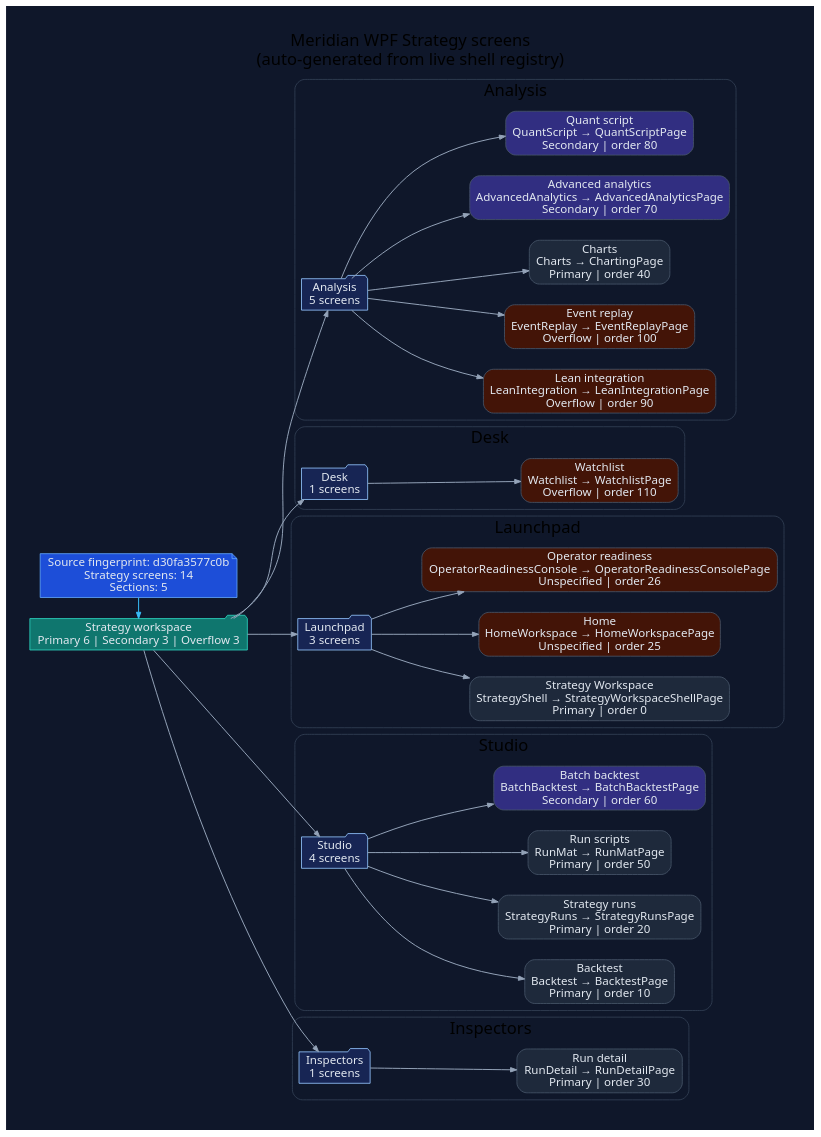
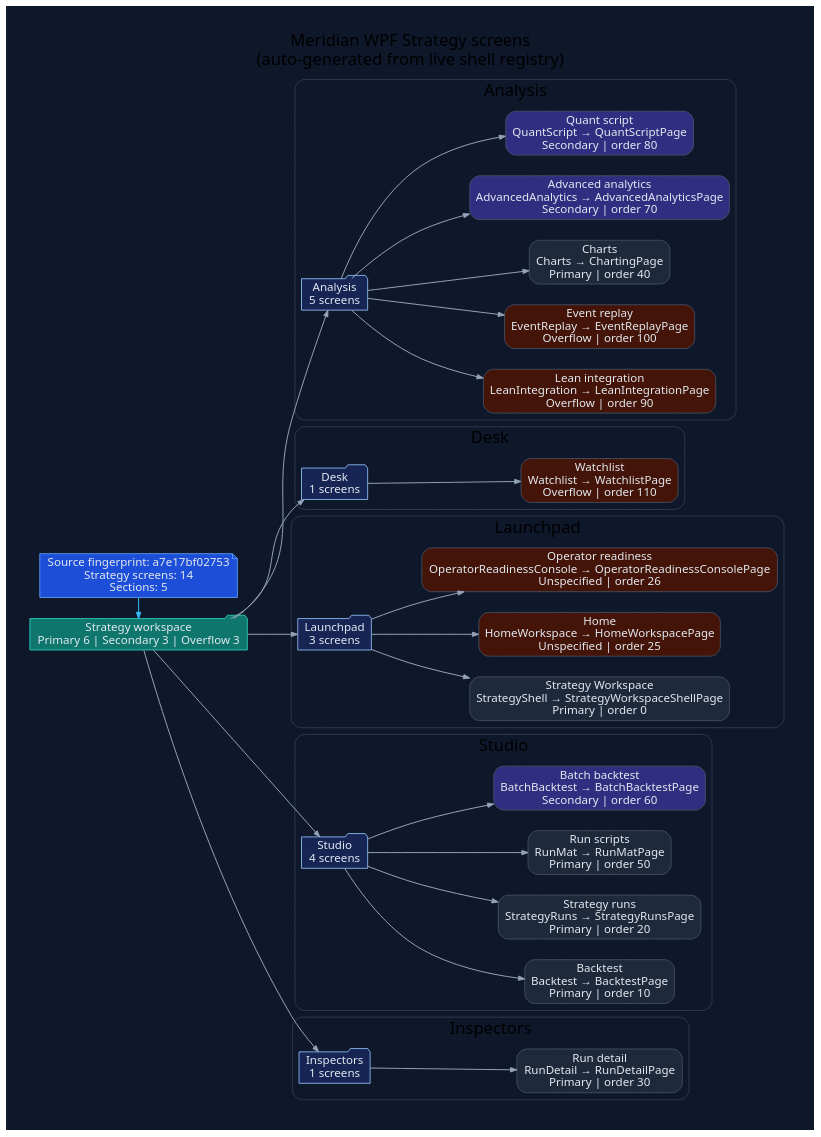
Before and after one commit to rodoHasArrived/Meridian-main: the diagram in docs/diagrams/ui/ui-wpf-screens-strategy.dot, drawn with Graphviz. The commit also changed 43 other files, not shown here.

First line of the commit message:
Re-render the WPF UI diagrams for the desktop slate

```diff
--- a/docs/diagrams/ui/ui-wpf-screens-strategy.dot
+++ b/docs/diagrams/ui/ui-wpf-screens-strategy.dot
@@ -1,94 +1,94 @@
 // -----------------------------------------------------------------------------
 // <auto-generated>
 // Generated by scripts/generate-diagrams.mjs.
 // Do not edit this file directly; update the WPF source files instead.
 // -----------------------------------------------------------------------------
 digraph WpfStrategyScreens {
   graph [
     rankdir=LR,
     labelloc=t,
     label="Meridian WPF Strategy screens\n(auto-generated from live shell registry)",
     fontname="Segoe UI",
     fontsize=20,
     pad=0.4,
     nodesep=0.35,
     ranksep=0.85,
     bgcolor="#0f172a"
   ];
   node [fontname="Segoe UI", shape=box, style="rounded,filled", color="#475569", fontcolor="#e2e8f0", fillcolor="#1e293b"];
   edge [fontname="Segoe UI", color="#94a3b8", penwidth=1.2, arrowsize=0.75];
 
-  generated [shape=note, fillcolor="#1d4ed8", color="#60a5fa", label="Source fingerprint: d30fa3577c0b\nStrategy screens: 14\nSections: 5"];
+  generated [shape=note, fillcolor="#1d4ed8", color="#60a5fa", label="Source fingerprint: a7e17bf02753\nStrategy screens: 14\nSections: 5"];
   workspace [shape=folder, fillcolor="#0f766e", color="#2dd4bf", label="Strategy workspace\nPrimary 6 | Secondary 3 | Overflow 3"];
   generated -> workspace [color="#38bdf8"];
 
   subgraph cluster_section_1 {
     label="Analysis";
     color="#334155";
     style="rounded";
     section_1 [shape=folder, fillcolor="#172554", color="#93c5fd", label="Analysis\n5 screens"];
     workspace -> section_1;
     screen_LeanIntegration [fillcolor="#431407", label="Lean integration\nLeanIntegration → LeanIntegrationPage\nOverflow | order 90"];
     section_1 -> screen_LeanIntegration;
     screen_EventReplay [fillcolor="#431407", label="Event replay\nEventReplay → EventReplayPage\nOverflow | order 100"];
     section_1 -> screen_EventReplay;
     screen_Charts [fillcolor="#1e293b", label="Charts\nCharts → ChartingPage\nPrimary | order 40"];
     section_1 -> screen_Charts;
     screen_AdvancedAnalytics [fillcolor="#312e81", label="Advanced analytics\nAdvancedAnalytics → AdvancedAnalyticsPage\nSecondary | order 70"];
     section_1 -> screen_AdvancedAnalytics;
     screen_QuantScript [fillcolor="#312e81", label="Quant script\nQuantScript → QuantScriptPage\nSecondary | order 80"];
     section_1 -> screen_QuantScript;
   }
 
   subgraph cluster_section_2 {
     label="Desk";
     color="#334155";
     style="rounded";
     section_2 [shape=folder, fillcolor="#172554", color="#93c5fd", label="Desk\n1 screens"];
     workspace -> section_2;
     screen_Watchlist [fillcolor="#431407", label="Watchlist\nWatchlist → WatchlistPage\nOverflow | order 110"];
     section_2 -> screen_Watchlist;
   }
 
   subgraph cluster_section_3 {
     label="Launchpad";
     color="#334155";
     style="rounded";
     section_3 [shape=folder, fillcolor="#172554", color="#93c5fd", label="Launchpad\n3 screens"];
     workspace -> section_3;
     screen_StrategyShell [fillcolor="#1e293b", label="Strategy Workspace\nStrategyShell → StrategyWorkspaceShellPage\nPrimary | order 0"];
     section_3 -> screen_StrategyShell;
     screen_HomeWorkspace [fillcolor="#431407", label="Home\nHomeWorkspace → HomeWorkspacePage\nUnspecified | order 25"];
     section_3 -> screen_HomeWorkspace;
     screen_OperatorReadinessConsole [fillcolor="#431407", label="Operator readiness\nOperatorReadinessConsole → OperatorReadinessConsolePage\nUnspecified | order 26"];
     section_3 -> screen_OperatorReadinessConsole;
   }
 
   subgraph cluster_section_4 {
     label="Studio";
     color="#334155";
     style="rounded";
     section_4 [shape=folder, fillcolor="#172554", color="#93c5fd", label="Studio\n4 screens"];
     workspace -> section_4;
     screen_Backtest [fillcolor="#1e293b", label="Backtest\nBacktest → BacktestPage\nPrimary | order 10"];
     section_4 -> screen_Backtest;
     screen_StrategyRuns [fillcolor="#1e293b", label="Strategy runs\nStrategyRuns → StrategyRunsPage\nPrimary | order 20"];
     section_4 -> screen_StrategyRuns;
     screen_RunMat [fillcolor="#1e293b", label="Run scripts\nRunMat → RunMatPage\nPrimary | order 50"];
     section_4 -> screen_RunMat;
     screen_BatchBacktest [fillcolor="#312e81", label="Batch backtest\nBatchBacktest → BatchBacktestPage\nSecondary | order 60"];
     section_4 -> screen_BatchBacktest;
   }
 
   subgraph cluster_section_5 {
     label="Inspectors";
     color="#334155";
     style="rounded";
     section_5 [shape=folder, fillcolor="#172554", color="#93c5fd", label="Inspectors\n1 screens"];
     workspace -> section_5;
     screen_RunDetail [fillcolor="#1e293b", label="Run detail\nRunDetail → RunDetailPage\nPrimary | order 30"];
     section_5 -> screen_RunDetail;
   }
 
   { rank=min; generated; workspace; }
 }
```
